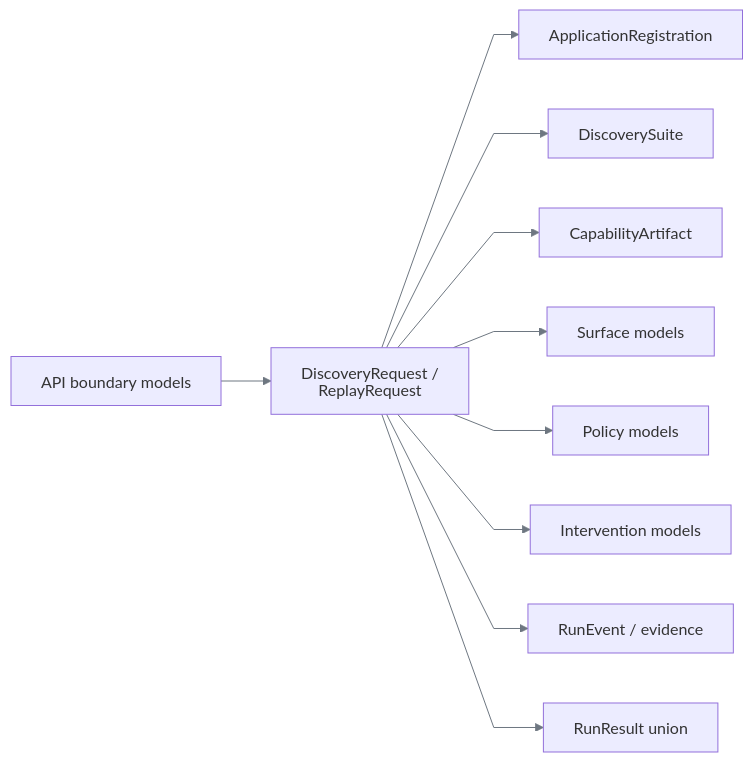
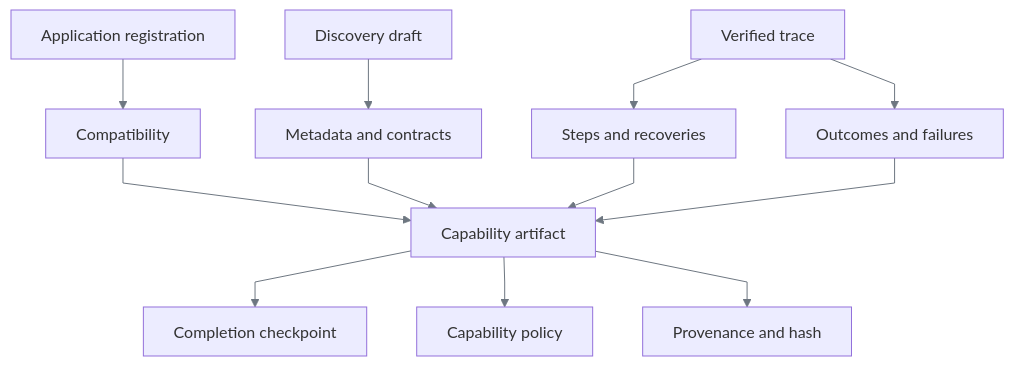
One commit to SivaTSS/replay-forge changed the second of 7 diagrams in docs/data-models.md. Above: the diagram before and after it, drawn with Mermaid. The commit also changed other lines of this file and 3 other files, not shown here.

Commit message:
docs(models): document enforced domain contracts

````diff
--- a/docs/data-models.md
+++ b/docs/data-models.md
@@ -5,13 +47,15 @@
 ```mermaid
 %%{init: {"htmlLabels":false,"themeVariables":{"lineColor":"#6E7781","signalColor":"#6E7781"},"flowchart":{"curve":"linear"},"sequence":{"wrap":true}}}%%
-flowchart LR
-    API[API boundary models] --> REQ[DiscoveryRequest / ReplayRequest]
-    REQ --> APP[ApplicationRegistration]
-    REQ --> SUITE[DiscoverySuite]
-    REQ --> CAP[CapabilityArtifact]
-    REQ --> SUR[Surface models]
-    REQ --> POL[Policy models]
-    REQ --> INT[Intervention models]
-    REQ --> EVT[RunEvent / evidence]
-    REQ --> RES[RunResult union]
+flowchart TB
+    APP[Application registration] --> COMP[Compatibility]
+    DRAFT[Discovery draft] --> META[Metadata and contracts]
+    TRACE[Verified trace] --> STEPS[Steps and recoveries]
+    TRACE --> END[Outcomes and failures]
+    COMP --> ART[Capability artifact]
+    META --> ART
+    STEPS --> ART
+    END --> ART
+    ART --> CHECK[Completion checkpoint]
+    ART --> POLICY[Capability policy]
+    ART --> PROV[Provenance and hash]
 ```
````
